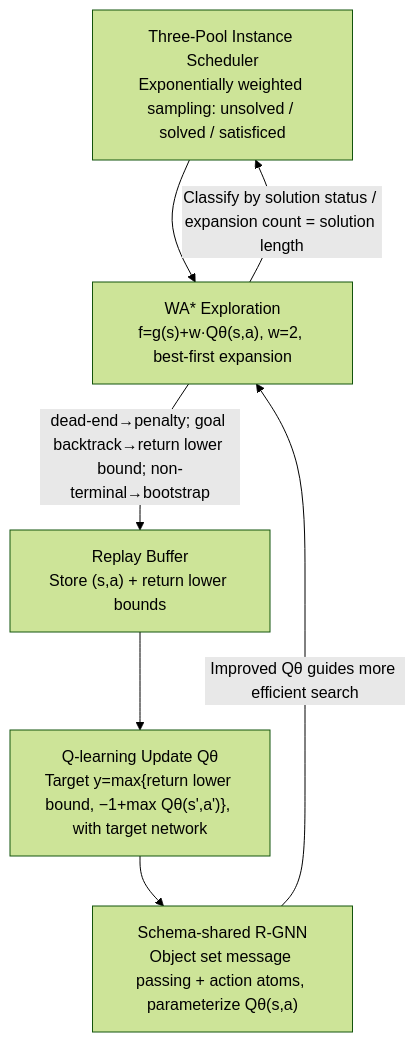
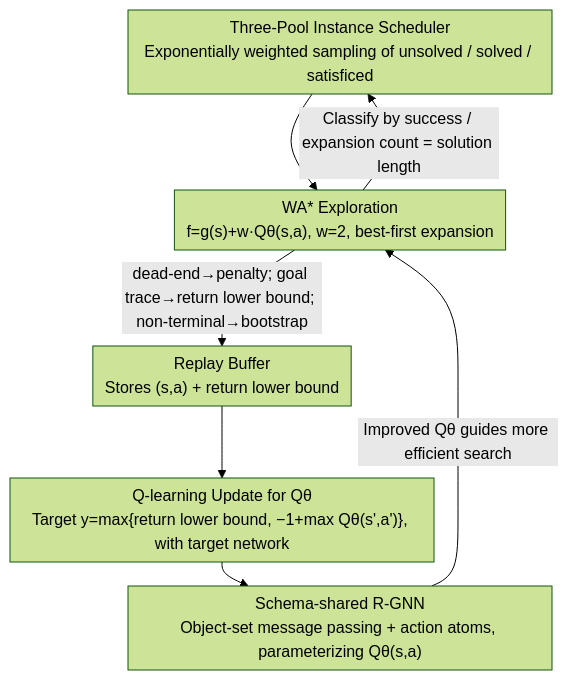
One commit to zhaoyang97/Paper-Notes-en changed the diagram in docs/ICML2026/reinforcement_learning/learning_to_search_and_searching_to_learn_for_generalization_in_planning.md. Above: the diagram before and after it, drawn with Mermaid (forest theme). The commit also changed other lines of this file and 5084 other files, not shown here.

````diff
--- a/docs/ICML2026/reinforcement_learning/learning_to_search_and_searching_to_learn_for_generalization_in_planning.md
+++ b/docs/ICML2026/reinforcement_learning/learning_to_search_and_searching_to_learn_for_generalization_in_planning.md
@@ -43,9 +43,10 @@
 ```mermaid
-graph TD
-    POOL["Three-Pool Instance Scheduler<br/>Exponentially weighted sampling: unsolved / solved / satisficed"] --> WASTAR["WA* Exploration<br/>f=g(s)+w·Qθ(s,a), w=2, best-first expansion"]
-    WASTAR -->|"dead-end→penalty; goal backtrack→return lower bound; non-terminal→bootstrap"| RB["Replay Buffer<br/>Store (s,a) + return lower bounds"]
-    RB --> QLEARN["Q-learning Update Qθ<br/>Target y=max{return lower bound, −1+max Qθ(s',a')}, with target network"]
-    QLEARN --> RGNN["Schema-shared R-GNN<br/>Object set message passing + action atoms, parameterize Qθ(s,a)"]
+%%{init: {'flowchart': {'rankSpacing': 24, 'nodeSpacing': 28, 'padding': 6, 'wrappingWidth': 400}}}%%
+flowchart TD
+    POOL["Three-Pool Instance Scheduler<br/>Exponentially weighted sampling of unsolved / solved / satisficed"] --> WASTAR["WA* Exploration<br/>f=g(s)+w·Qθ(s,a), w=2, best-first expansion"]
+    WASTAR -->|"dead-end→penalty; goal trace→return lower bound; non-terminal→bootstrap"| RB["Replay Buffer<br/>Stores (s,a) + return lower bound"]
+    RB --> QLEARN["Q-learning Update for Qθ<br/>Target y=max{return lower bound, −1+max Qθ(s',a')}, with target network"]
+    QLEARN --> RGNN["Schema-shared R-GNN<br/>Object-set message passing + action atoms, parameterizing Qθ(s,a)"]
     RGNN -->|"Improved Qθ guides more efficient search"| WASTAR
-    WASTAR -->|"Classify by solution status / expansion count = solution length"| POOL
+    WASTAR -->|"Classify by success / expansion count = solution length"| POOL
 ```
````
